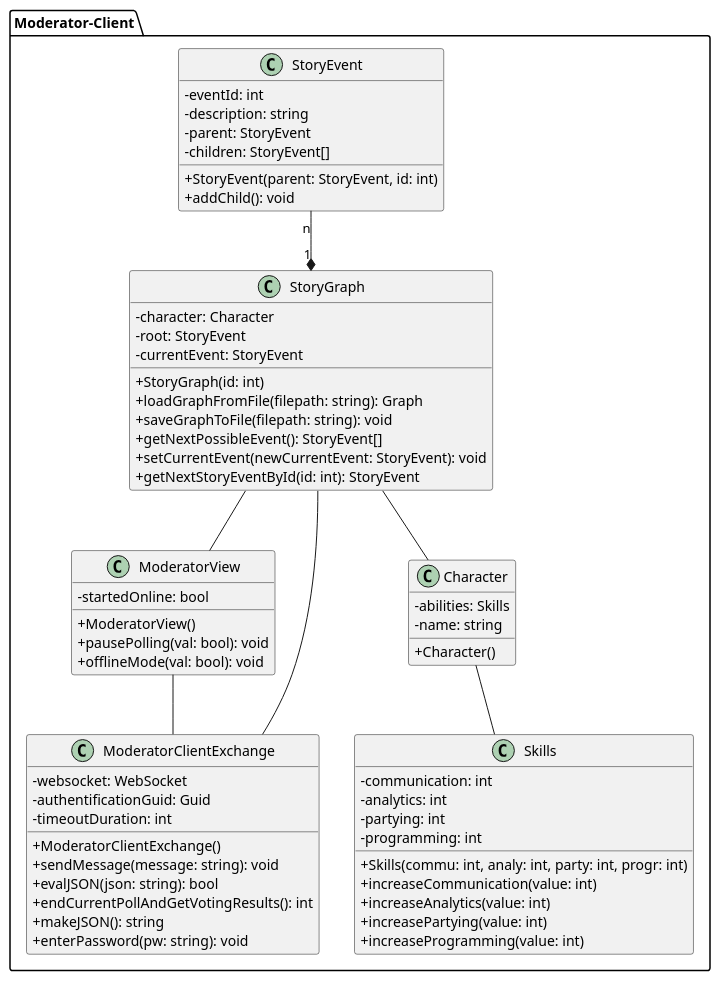
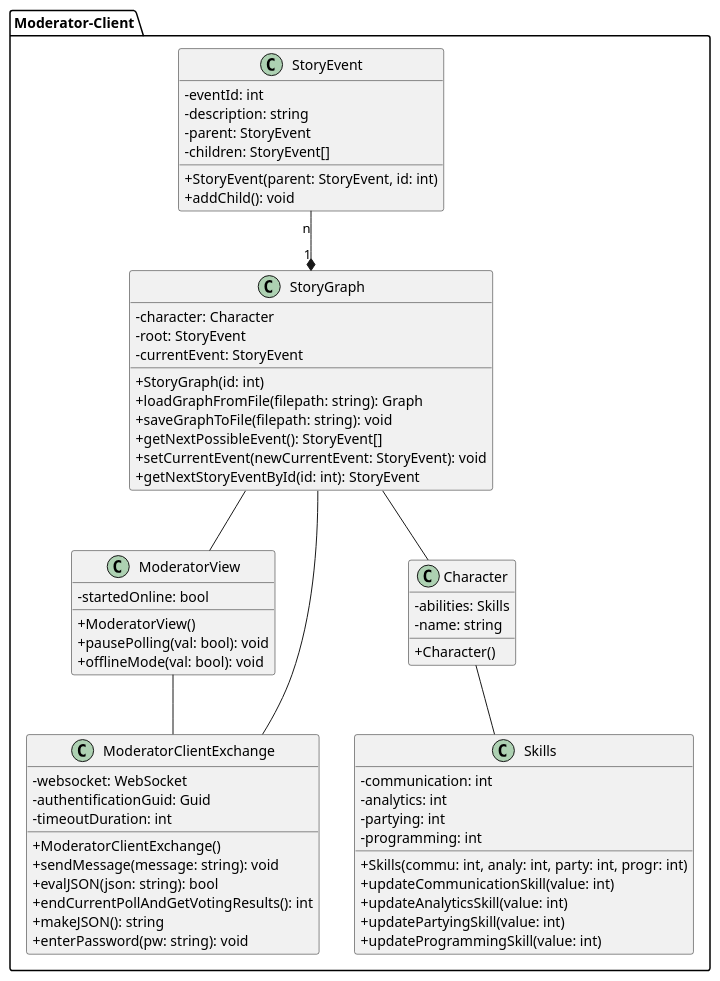
The diagram in Docs/Technical Specifications/docs/diagrams/ClassDiagrams/ModeratorClientClassDiagram.puml (Brotenko/QualityQuest), drawn with PlantUML before and after one commit. The commit also changed 3 other files, not shown here.

```diff
--- a/Docs/Technical Specifications/docs/diagrams/ClassDiagrams/ModeratorClientClassDiagram.puml
+++ b/Docs/Technical Specifications/docs/diagrams/ClassDiagrams/ModeratorClientClassDiagram.puml
@@ -1,73 +1,73 @@
 @startuml
 
 skinparam classAttributeIconSize 0
 
 package "Moderator-Client" {
 
   class StoryEvent {
     {field} -eventId: int
     {field} -description: string
     {field} -parent: StoryEvent
     {field} -children: StoryEvent[]
     {method} +StoryEvent(parent: StoryEvent, id: int)
     {method} +addChild(): void
   }
 
   class StoryGraph {
     {field} -character: Character
     {field} -root: StoryEvent
     {field} -currentEvent: StoryEvent
     {method} +StoryGraph(id: int)
     {method} +loadGraphFromFile(filepath: string): Graph
     {method} +saveGraphToFile(filepath: string): void
     {method} +getNextPossibleEvent(): StoryEvent[]
     {method} +setCurrentEvent(newCurrentEvent: StoryEvent): void
     {method} +getNextStoryEventById(id: int): StoryEvent
   }
 
   class "ModeratorView" as mf {
     {field} -startedOnline: bool
     {method} +ModeratorView()
     {method} +pausePolling(val: bool): void
     {method} +offlineMode(val: bool): void
   }
 
   class "ModeratorClientExchange" as mcei{
     {field} -websocket: WebSocket
     {field} -authentificationGuid: Guid
     {field} -timeoutDuration: int
     {method} +ModeratorClientExchange()
     {method} +sendMessage(message: string): void
     {method} +evalJSON(json: string): bool
     {method} +endCurrentPollAndGetVotingResults(): int
     {method} +makeJSON(): string
     {method} +enterPassword(pw: string): void
   }
 
   class Skills {
     {field} -communication: int
     {field} -analytics: int
     {field} -partying: int
     {field} -programming: int
     {method} + Skills(commu: int, analy: int, party: int, progr: int)
-    {method} + increaseCommunication(value: int)
-    {method} + increaseAnalytics(value: int)
-    {method} + increasePartying(value: int)
-    {method} + increaseProgramming(value: int)
+    {method} + updateCommunicationSkill(value: int)
+    {method} + updateAnalyticsSkill(value: int)
+    {method} + updatePartyingSkill(value: int)
+    {method} + updateProgrammingSkill(value: int)
   }
 
   class Character {
     {field} -abilities: Skills
     {field} -name: string
     {method} +Character()
   }
   
   StoryEvent "n" --* "1" StoryGraph
   StoryGraph -- mf
   StoryGraph -- Character
   Character -- Skills
   mf -- mcei
   StoryGraph --- mcei
 }
 
 @enduml
```
